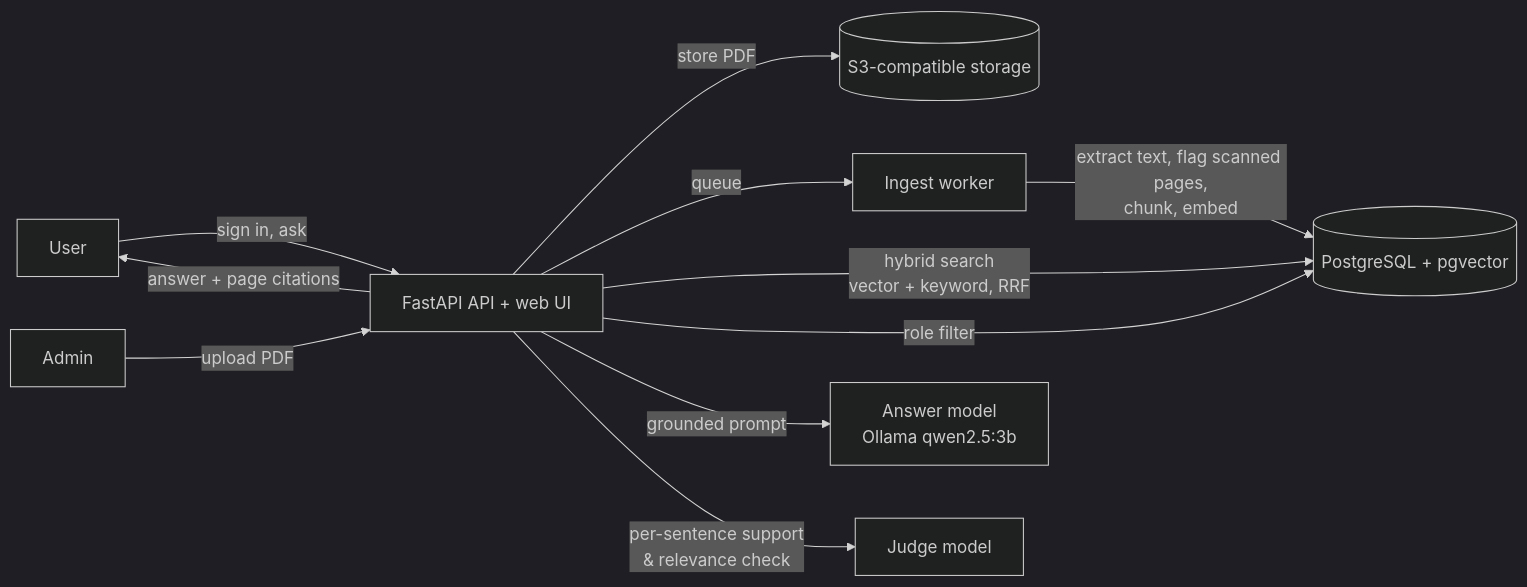
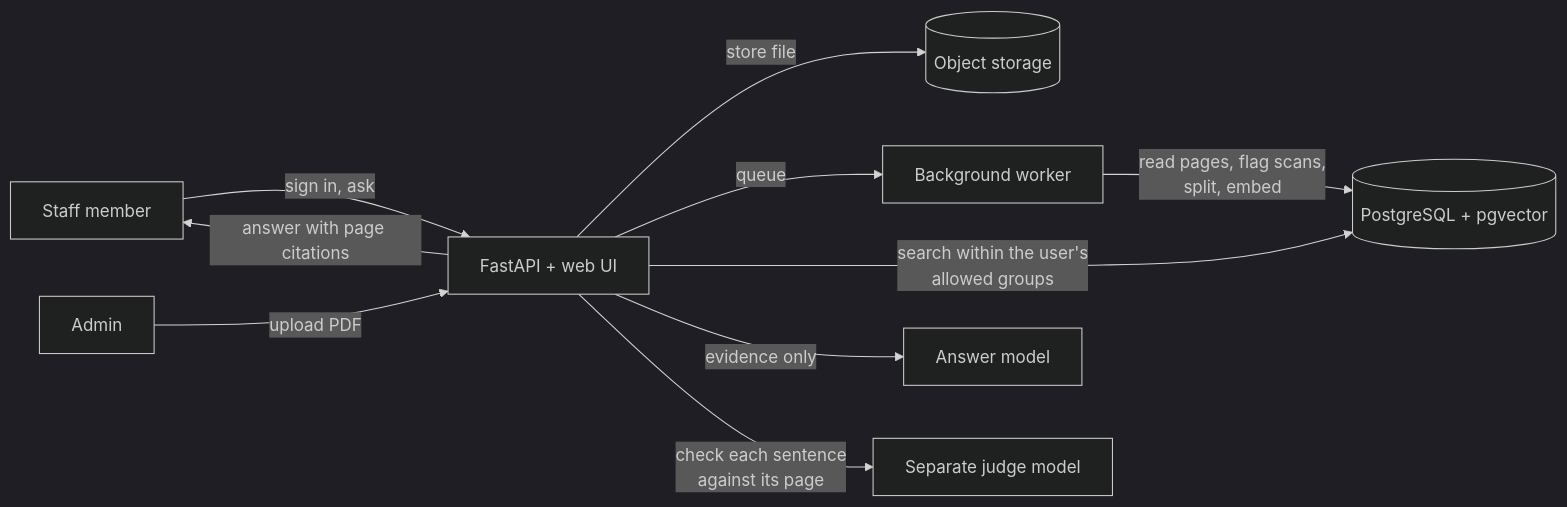
One commit to hamazmubashar/knowledge-assistant changed the diagram in README.md. Above: the diagram before and after it, drawn with Mermaid (dark theme). The commit also changed other lines of this file, not shown here.

````diff
--- a/README.md
+++ b/README.md
@@ -65,13 +61,12 @@
 ```mermaid
 flowchart LR
-    U[User] -->|sign in, ask| API[FastAPI API + web UI]
+    U[Staff member] -->|sign in, ask| API[FastAPI + web UI]
     A[Admin] -->|upload PDF| API
-    API -->|store PDF| S[(S3-compatible storage)]
-    API -->|queue| W[Ingest worker]
-    W -->|extract text, flag scanned pages,<br/>chunk, embed| DB[(PostgreSQL + pgvector)]
-    API -->|hybrid search<br/>vector + keyword, RRF| DB
-    API -->|role filter| DB
-    API -->|grounded prompt| LLM[Answer model<br/>Ollama qwen2.5:3b]
-    API -->|per-sentence support<br/>& relevance check| J[Judge model]
-    API -->|answer + page citations| U
+    API -->|store file| S[(Object storage)]
+    API -->|queue| W[Background worker]
+    W -->|read pages, flag scans,<br/>split, embed| DB[(PostgreSQL + pgvector)]
+    API -->|search within the user's<br/>allowed groups| DB
+    API -->|evidence only| LLM[Answer model]
+    API -->|check each sentence<br/>against its page| J[Separate judge model]
+    API -->|answer with page citations| U
 ```
````
